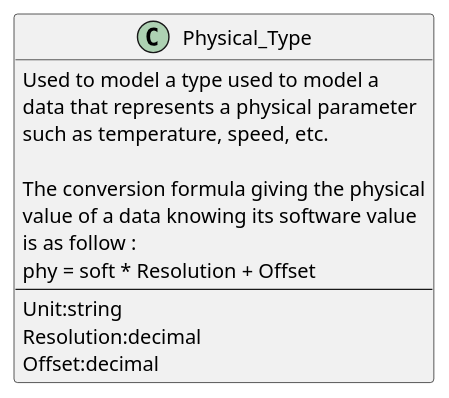
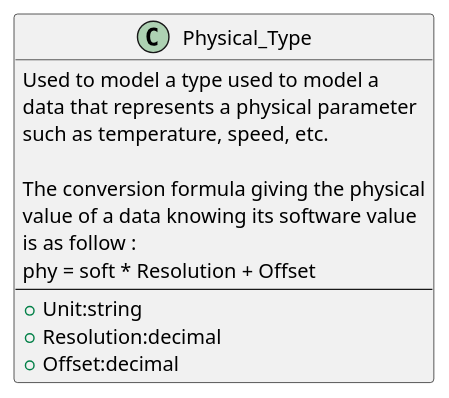
The diagram in Meta-Classes/Physical_Type.puml (HomeMadeBots/Embedded_Software_Meta_Model), drawn with PlantUML before and after one commit. The commit also changed 8 other files, not shown here.

```diff
--- a/Meta-Classes/Physical_Type.puml
+++ b/Meta-Classes/Physical_Type.puml
@@ -1,19 +1,19 @@
 @startuml
 
 class Physical_Type
 {
   Used to model a type used to model a
   data that represents a physical parameter
   such as temperature, speed, etc.
 
   The conversion formula giving the physical
   value of a data knowing its software value
   is as follow :
   phy = soft * Resolution + Offset
   --
-  Unit:string
-  Resolution:decimal
-  Offset:decimal
+  + Unit:string
+  + Resolution:decimal
+  + Offset:decimal
 }
 
 @enduml
```
